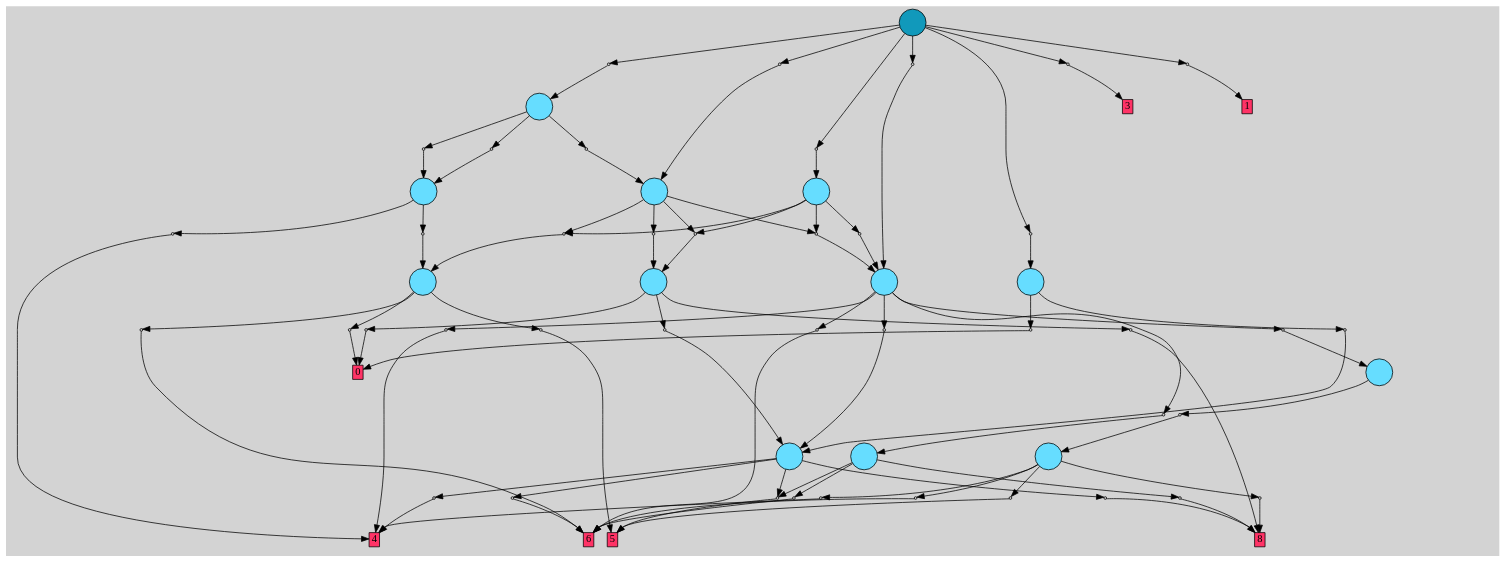
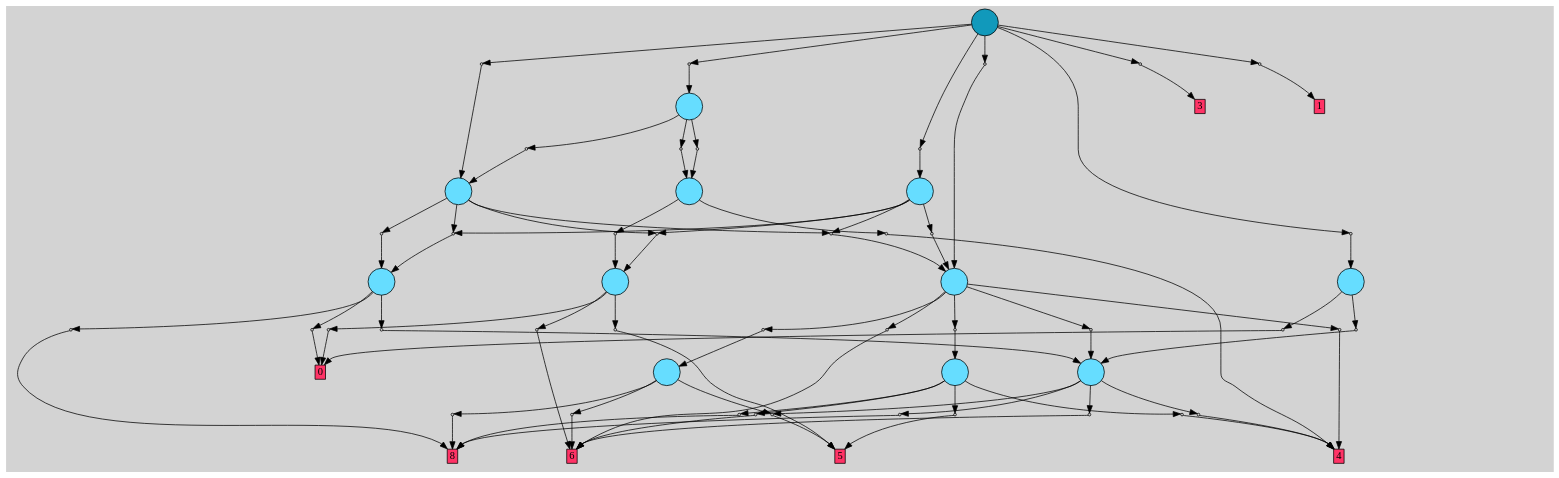
Before and after one commit to allpaul0/tpg_nextflow: the diagram in armlearn-tpgs/tpg_l2e2_zmmul_compbare_compExpAr/training_results/useInstrTrig-False_useInstrLogExp-False_useInstrLog2Exp2-True_useInstrZmmul-False_useInstrExpensiveArithmetic-True_useInstrComparison-True_seed-2_instrType-fixedpt/outLogs/codegen_TeamsInstrumented/best_root_pruned.dot, drawn with Graphviz. The commit also changed 986 other files, not shown here.

```diff
--- a/armlearn-tpgs/tpg_l2e2_zmmul_compbare_compExpAr/training_results/useInstrTrig-False_useInstrLogExp-False_useInstrLog2Exp2-True_useInstrZmmul-False_useInstrExpensiveArithmetic-True_useInstrComparison-True_seed-2_instrType-fixedpt/outLogs/codegen_TeamsInstrumented/best_root_pruned.dot
+++ b/armlearn-tpgs/tpg_l2e2_zmmul_compbare_compExpAr/training_results/useInstrTrig-False_useInstrLogExp-False_useInstrLog2Exp2-True_useInstrZmmul-False_useInstrExpensiveArithmetic-True_useInstrComparison-True_seed-2_instrType-fixedpt/outLogs/codegen_TeamsInstrumented/best_root_pruned.dot
@@ -1,5 +1,5 @@
 // File exported with GEGELATI v2.0.0
-// On the 2026-05-28 19:45:37
+// On the 2026-07-14 09:06:11
 // With the File::TPGGraphDotExporter
 digraph{
 	graph[pad = "0.212, 0.055" bgcolor = lightgray]
@@ -15,196 +15,191 @@
 		T8 [fillcolor="#66ddff"]
 		T9 [fillcolor="#66ddff"]
 		T10 [fillcolor="#66ddff"]
-		T11 [fillcolor="#66ddff"]
-		T12 [fillcolor="#1199bb"]
+		T11 [fillcolor="#1199bb"]
 		P0 [fillcolor="#cccccc" shape=point label="0"] //
 		I0 [shape=box style=invis label="1|0&3|3#3|1&#92;n"] 
 		P0 -> I0[style=invis]
-		A13 [fillcolor="#ff3366" shape=box margin=0.03 width=0 height=0 label="4"]
-		T0 -> P0 -> A13
+		A12 [fillcolor="#ff3366" shape=box margin=0.03 width=0 height=0 label="4"]
+		T0 -> P0 -> A12
 		P1 [fillcolor="#cccccc" shape=point label="0"] //
 		I1 [shape=box style=invis label="0|0&3|0#3|7&#92;n"] 
 		P1 -> I1[style=invis]
-		A14 [fillcolor="#ff3366" shape=box margin=0.03 width=0 height=0 label="8"]
-		T0 -> P1 -> A14
+		A13 [fillcolor="#ff3366" shape=box margin=0.03 width=0 height=0 label="8"]
+		T0 -> P1 -> A13
 		P2 [fillcolor="#cccccc" shape=point label="0"] //
 		I2 [shape=box style=invis label="1|0&0|2#3|5&#92;n"] 
 		P2 -> I2[style=invis]
-		A15 [fillcolor="#ff3366" shape=box margin=0.03 width=0 height=0 label="6"]
-		T0 -> P2 -> A15
+		A14 [fillcolor="#ff3366" shape=box margin=0.03 width=0 height=0 label="6"]
+		T0 -> P2 -> A14
 		P3 [fillcolor="#cccccc" shape=point label="0"] //
 		I3 [shape=box style=invis label=""] 
 		P3 -> I3[style=invis]
-		A16 [fillcolor="#ff3366" shape=box margin=0.03 width=0 height=0 label="5"]
-		T0 -> P3 -> A16
+		A15 [fillcolor="#ff3366" shape=box margin=0.03 width=0 height=0 label="5"]
+		T0 -> P3 -> A15
 		P4 [fillcolor="#cccccc" shape=point label="0"] //
 		I4 [shape=box style=invis label="0|0&3|0#3|7&#92;n"] 
 		P4 -> I4[style=invis]
-		A14 [fillcolor="#ff3366" shape=box margin=0.03 width=0 height=0 label="8"]
-		T1 -> P4 -> A14
+		A13 [fillcolor="#ff3366" shape=box margin=0.03 width=0 height=0 label="8"]
+		T1 -> P4 -> A13
 		T1 -> P3
 		P5 [fillcolor="#cccccc" shape=point label="0"] //
 		I5 [shape=box style=invis label="1|0&0|2#3|5&#92;n"] 
 		P5 -> I5[style=invis]
-		A15 [fillcolor="#ff3366" shape=box margin=0.03 width=0 height=0 label="6"]
-		T1 -> P5 -> A15
+		A14 [fillcolor="#ff3366" shape=box margin=0.03 width=0 height=0 label="6"]
+		T1 -> P5 -> A14
 		P6 [fillcolor="#cccccc" shape=point label="0"] //
 		I6 [shape=box style=invis label="3|0&2|2#3|7&#92;n"] 
 		P6 -> I6[style=invis]
-		A14 [fillcolor="#ff3366" shape=box margin=0.03 width=0 height=0 label="8"]
-		T2 -> P6 -> A14
+		A13 [fillcolor="#ff3366" shape=box margin=0.03 width=0 height=0 label="8"]
+		T2 -> P6 -> A13
 		P7 [fillcolor="#cccccc" shape=point label="0"] //
 		I7 [shape=box style=invis label="1|0&3|3#3|1&#92;n"] 
 		P7 -> I7[style=invis]
-		A13 [fillcolor="#ff3366" shape=box margin=0.03 width=0 height=0 label="4"]
-		T2 -> P7 -> A13
+		A12 [fillcolor="#ff3366" shape=box margin=0.03 width=0 height=0 label="4"]
+		T2 -> P7 -> A12
 		P8 [fillcolor="#cccccc" shape=point label="0"] //
 		I8 [shape=box style=invis label="1|0&0|2#3|5&#92;n"] 
 		P8 -> I8[style=invis]
-		A15 [fillcolor="#ff3366" shape=box margin=0.03 width=0 height=0 label="6"]
-		T2 -> P8 -> A15
+		A14 [fillcolor="#ff3366" shape=box margin=0.03 width=0 height=0 label="6"]
+		T2 -> P8 -> A14
 		P9 [fillcolor="#cccccc" shape=point label="0"] //
 		I9 [shape=box style=invis label="3|0&1|4#2|6&#92;n"] 
 		P9 -> I9[style=invis]
-		A16 [fillcolor="#ff3366" shape=box margin=0.03 width=0 height=0 label="5"]
-		T2 -> P9 -> A16
+		A15 [fillcolor="#ff3366" shape=box margin=0.03 width=0 height=0 label="5"]
+		T2 -> P9 -> A15
 		P10 [fillcolor="#cccccc" shape=point label="0"] //
-		I10 [shape=box style=invis label="1|0&4|1#1|1&#92;n"] 
+		I10 [shape=box style=invis label="1|7&3|1#0|6&#92;n3|0&3|2#0|7&#92;n"] 
 		P10 -> I10[style=invis]
-		T3 -> P10 -> T2
+		A14 [fillcolor="#ff3366" shape=box margin=0.03 width=0 height=0 label="6"]
+		T3 -> P10 -> A14
 		P11 [fillcolor="#cccccc" shape=point label="0"] //
-		I11 [shape=box style=invis label="1|7&3|1#0|6&#92;n3|0&3|2#0|7&#92;n"] 
+		I11 [shape=box style=invis label="3|0&4|4#3|4&#92;n"] 
 		P11 -> I11[style=invis]
-		A15 [fillcolor="#ff3366" shape=box margin=0.03 width=0 height=0 label="6"]
-		T4 -> P11 -> A15
+		T3 -> P11 -> T1
 		P12 [fillcolor="#cccccc" shape=point label="0"] //
-		I12 [shape=box style=invis label="3|0&4|4#3|4&#92;n"] 
+		I12 [shape=box style=invis label="0|0&0|0#1|7&#92;n"] 
 		P12 -> I12[style=invis]
-		T4 -> P12 -> T1
+		T3 -> P12 -> T2
 		P13 [fillcolor="#cccccc" shape=point label="0"] //
-		I13 [shape=box style=invis label="0|0&0|0#1|7&#92;n"] 
+		I13 [shape=box style=invis label="3|0&1|2#2|2&#92;n"] 
 		P13 -> I13[style=invis]
-		T4 -> P13 -> T3
+		A12 [fillcolor="#ff3366" shape=box margin=0.03 width=0 height=0 label="4"]
+		T3 -> P13 -> A12
 		P14 [fillcolor="#cccccc" shape=point label="0"] //
-		I14 [shape=box style=invis label="3|0&1|2#2|2&#92;n"] 
+		I14 [shape=box style=invis label="0|0&3|0#3|7&#92;n"] 
 		P14 -> I14[style=invis]
-		A13 [fillcolor="#ff3366" shape=box margin=0.03 width=0 height=0 label="4"]
-		T4 -> P14 -> A13
+		T3 -> P14 -> T0
 		P15 [fillcolor="#cccccc" shape=point label="0"] //
-		I15 [shape=box style=invis label="0|0&3|0#3|7&#92;n"] 
+		I15 [shape=box style=invis label="1|0&1|3#3|5&#92;n"] 
 		P15 -> I15[style=invis]
 		T4 -> P15 -> T0
 		P16 [fillcolor="#cccccc" shape=point label="0"] //
-		I16 [shape=box style=invis label="1|0&1|3#3|5&#92;n"] 
+		I16 [shape=box style=invis label="3|0&2|2#4|7&#92;n"] 
 		P16 -> I16[style=invis]
-		T5 -> P16 -> T0
+		A16 [fillcolor="#ff3366" shape=box margin=0.03 width=0 height=0 label="0"]
+		T4 -> P16 -> A16
 		P17 [fillcolor="#cccccc" shape=point label="0"] //
-		I17 [shape=box style=invis label="3|0&2|2#4|7&#92;n"] 
+		I17 [shape=box style=invis label="0|0&1|3#3|5&#92;n"] 
 		P17 -> I17[style=invis]
-		A17 [fillcolor="#ff3366" shape=box margin=0.03 width=0 height=0 label="0"]
-		T5 -> P17 -> A17
+		T5 -> P17 -> T0
 		P18 [fillcolor="#cccccc" shape=point label="0"] //
-		I18 [shape=box style=invis label="0|0&1|3#3|5&#92;n"] 
+		I18 [shape=box style=invis label="3|0&2|2#3|7&#92;n"] 
 		P18 -> I18[style=invis]
-		T6 -> P18 -> T0
+		A16 [fillcolor="#ff3366" shape=box margin=0.03 width=0 height=0 label="0"]
+		T5 -> P18 -> A16
 		P19 [fillcolor="#cccccc" shape=point label="0"] //
-		I19 [shape=box style=invis label="3|0&2|2#3|7&#92;n"] 
+		I19 [shape=box style=invis label="0|0&3|7#0|0&#92;n"] 
 		P19 -> I19[style=invis]
-		A17 [fillcolor="#ff3366" shape=box margin=0.03 width=0 height=0 label="0"]
-		T6 -> P19 -> A17
+		A13 [fillcolor="#ff3366" shape=box margin=0.03 width=0 height=0 label="8"]
+		T5 -> P19 -> A13
 		P20 [fillcolor="#cccccc" shape=point label="0"] //
-		I20 [shape=box style=invis label="0|0&3|7#0|0&#92;n"] 
+		I20 [shape=box style=invis label="3|0&2|2#4|7&#92;n"] 
 		P20 -> I20[style=invis]
-		A14 [fillcolor="#ff3366" shape=box margin=0.03 width=0 height=0 label="8"]
-		T6 -> P20 -> A14
+		A16 [fillcolor="#ff3366" shape=box margin=0.03 width=0 height=0 label="0"]
+		T6 -> P20 -> A16
 		P21 [fillcolor="#cccccc" shape=point label="0"] //
-		I21 [shape=box style=invis label="3|0&2|2#4|7&#92;n"] 
+		I21 [shape=box style=invis label="4|0&0|0#3|2&#92;n"] 
 		P21 -> I21[style=invis]
-		A17 [fillcolor="#ff3366" shape=box margin=0.03 width=0 height=0 label="0"]
-		T7 -> P21 -> A17
+		A15 [fillcolor="#ff3366" shape=box margin=0.03 width=0 height=0 label="5"]
+		T6 -> P21 -> A15
 		P22 [fillcolor="#cccccc" shape=point label="0"] //
-		I22 [shape=box style=invis label="4|0&0|0#3|2&#92;n"] 
+		I22 [shape=box style=invis label="0|0&3|0#3|7&#92;n"] 
 		P22 -> I22[style=invis]
-		A16 [fillcolor="#ff3366" shape=box margin=0.03 width=0 height=0 label="5"]
-		T7 -> P22 -> A16
+		A14 [fillcolor="#ff3366" shape=box margin=0.03 width=0 height=0 label="6"]
+		T6 -> P22 -> A14
 		P23 [fillcolor="#cccccc" shape=point label="0"] //
-		I23 [shape=box style=invis label="0|0&3|0#3|7&#92;n"] 
+		I23 [shape=box style=invis label="0|0&4|0#1|3&#92;n"] 
 		P23 -> I23[style=invis]
-		A15 [fillcolor="#ff3366" shape=box margin=0.03 width=0 height=0 label="6"]
-		T7 -> P23 -> A15
+		T7 -> P23 -> T5
 		P24 [fillcolor="#cccccc" shape=point label="0"] //
-		I24 [shape=box style=invis label="0|0&4|0#1|3&#92;n"] 
+		I24 [shape=box style=invis label="1|4&0|4#4|5&#92;n3|0&3|7#0|4&#92;n0|0&0|0#4|0&#92;n"] 
 		P24 -> I24[style=invis]
-		T8 -> P24 -> T6
+		T7 -> P24 -> T6
 		P25 [fillcolor="#cccccc" shape=point label="0"] //
-		I25 [shape=box style=invis label="1|4&0|4#4|5&#92;n3|0&3|7#0|4&#92;n0|0&0|0#4|0&#92;n"] 
+		I25 [shape=box style=invis label="1|0&4|1#2|7&#92;n"] 
 		P25 -> I25[style=invis]
-		T8 -> P25 -> T7
+		T7 -> P25 -> T3
 		P26 [fillcolor="#cccccc" shape=point label="0"] //
-		I26 [shape=box style=invis label="1|0&4|1#2|7&#92;n"] 
+		I26 [shape=box style=invis label="4|0&4|6#2|2&#92;n"] 
 		P26 -> I26[style=invis]
-		T8 -> P26 -> T4
+		T7 -> P26 -> T5
+		T8 -> P23
+		T8 -> P24
 		P27 [fillcolor="#cccccc" shape=point label="0"] //
-		I27 [shape=box style=invis label="4|0&4|6#2|2&#92;n"] 
+		I27 [shape=box style=invis label="5|0&3|5#3|2&#92;n4|0&0|0#4|2&#92;n"] 
 		P27 -> I27[style=invis]
-		T8 -> P27 -> T6
-		T9 -> P24
-		T9 -> P25
+		T8 -> P27 -> T3
+		T8 -> P25
 		P28 [fillcolor="#cccccc" shape=point label="0"] //
-		I28 [shape=box style=invis label="5|0&3|5#3|2&#92;n4|0&0|0#4|2&#92;n"] 
+		I28 [shape=box style=invis label="1|4&0|4#4|5&#92;n3|0&3|7#0|4&#92;n0|0&0|0#4|0&#92;n"] 
 		P28 -> I28[style=invis]
-		T9 -> P28 -> T4
-		T9 -> P26
+		T9 -> P28 -> T6
 		P29 [fillcolor="#cccccc" shape=point label="0"] //
-		I29 [shape=box style=invis label="1|4&0|4#4|5&#92;n3|0&3|7#0|4&#92;n0|0&0|0#4|0&#92;n"] 
+		I29 [shape=box style=invis label="4|0&4|0#2|4&#92;n"] 
 		P29 -> I29[style=invis]
-		T10 -> P29 -> T7
+		A12 [fillcolor="#ff3366" shape=box margin=0.03 width=0 height=0 label="4"]
+		T9 -> P29 -> A12
 		P30 [fillcolor="#cccccc" shape=point label="0"] //
-		I30 [shape=box style=invis label="4|0&4|0#2|4&#92;n"] 
+		I30 [shape=box style=invis label="3|0&3|1#0|4&#92;n0|0&0|0#4|0&#92;n"] 
 		P30 -> I30[style=invis]
-		A13 [fillcolor="#ff3366" shape=box margin=0.03 width=0 height=0 label="4"]
-		T10 -> P30 -> A13
+		T10 -> P30 -> T9
 		P31 [fillcolor="#cccccc" shape=point label="0"] //
-		I31 [shape=box style=invis label="3|0&3|1#0|4&#92;n0|0&0|0#4|0&#92;n"] 
+		I31 [shape=box style=invis label="1|0&0|3#3|6&#92;n0|0&0|0#4|0&#92;n"] 
 		P31 -> I31[style=invis]
-		T11 -> P31 -> T10
+		T10 -> P31 -> T9
 		P32 [fillcolor="#cccccc" shape=point label="0"] //
-		I32 [shape=box style=invis label="1|0&0|3#3|6&#92;n0|0&0|0#4|0&#92;n"] 
+		I32 [shape=box style=invis label="1|0&4|3#0|0&#92;n"] 
 		P32 -> I32[style=invis]
-		T11 -> P32 -> T10
+		T10 -> P32 -> T7
 		P33 [fillcolor="#cccccc" shape=point label="0"] //
 		I33 [shape=box style=invis label="1|0&4|3#0|0&#92;n"] 
 		P33 -> I33[style=invis]
-		T11 -> P33 -> T8
+		T11 -> P33 -> T7
 		P34 [fillcolor="#cccccc" shape=point label="0"] //
-		I34 [shape=box style=invis label="1|0&4|3#0|0&#92;n"] 
+		I34 [shape=box style=invis label="1|0&4|7#3|5&#92;n"] 
 		P34 -> I34[style=invis]
-		T12 -> P34 -> T8
+		T11 -> P34 -> T4
 		P35 [fillcolor="#cccccc" shape=point label="0"] //
-		I35 [shape=box style=invis label="1|0&4|7#3|5&#92;n"] 
+		I35 [shape=box style=invis label="0|0&0|7#4|0&#92;n"] 
 		P35 -> I35[style=invis]
-		T12 -> P35 -> T5
+		T11 -> P35 -> T10
 		P36 [fillcolor="#cccccc" shape=point label="0"] //
-		I36 [shape=box style=invis label="0|0&0|7#4|0&#92;n"] 
+		I36 [shape=box style=invis label="2|3&3|1#2|0&#92;n4|0&2|5#0|3&#92;n"] 
 		P36 -> I36[style=invis]
-		T12 -> P36 -> T11
+		T11 -> P36 -> T8
 		P37 [fillcolor="#cccccc" shape=point label="0"] //
-		I37 [shape=box style=invis label="2|3&3|1#2|0&#92;n4|0&2|5#0|3&#92;n"] 
+		I37 [shape=box style=invis label="0|0&3|2#4|1&#92;n"] 
 		P37 -> I37[style=invis]
-		T12 -> P37 -> T9
+		A17 [fillcolor="#ff3366" shape=box margin=0.03 width=0 height=0 label="3"]
+		T11 -> P37 -> A17
 		P38 [fillcolor="#cccccc" shape=point label="0"] //
-		I38 [shape=box style=invis label="0|0&3|2#4|1&#92;n"] 
+		I38 [shape=box style=invis label="1|0&4|1#2|7&#92;n0|0&0|0#1|2&#92;n"] 
 		P38 -> I38[style=invis]
-		A18 [fillcolor="#ff3366" shape=box margin=0.03 width=0 height=0 label="3"]
-		T12 -> P38 -> A18
+		T11 -> P38 -> T3
 		P39 [fillcolor="#cccccc" shape=point label="0"] //
-		I39 [shape=box style=invis label="1|0&4|1#2|7&#92;n0|0&0|0#1|2&#92;n"] 
+		I39 [shape=box style=invis label="0|0&4|2#2|1&#92;n"] 
 		P39 -> I39[style=invis]
-		T12 -> P39 -> T4
-		P40 [fillcolor="#cccccc" shape=point label="0"] //
-		I40 [shape=box style=invis label="0|0&4|2#2|1&#92;n"] 
-		P40 -> I40[style=invis]
-		A19 [fillcolor="#ff3366" shape=box margin=0.03 width=0 height=0 label="1"]
-		T12 -> P40 -> A19
-		{ rank= same T12 }
+		A18 [fillcolor="#ff3366" shape=box margin=0.03 width=0 height=0 label="1"]
+		T11 -> P39 -> A18
+		{ rank= same T11 }
 }
```
